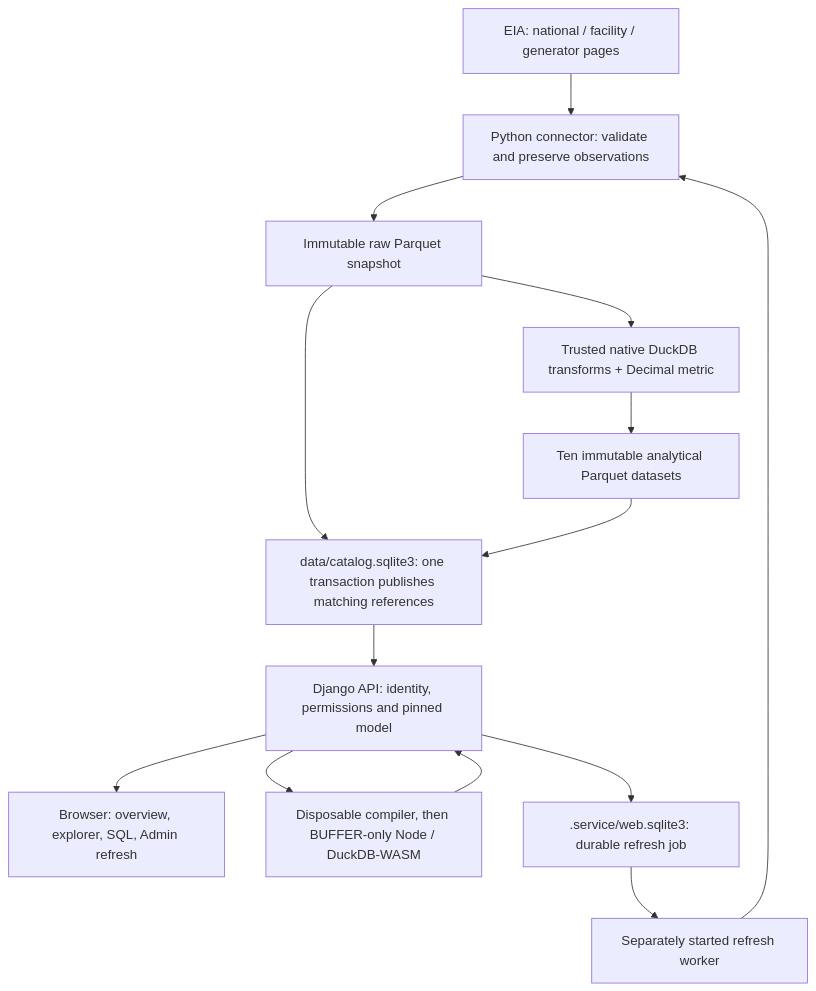
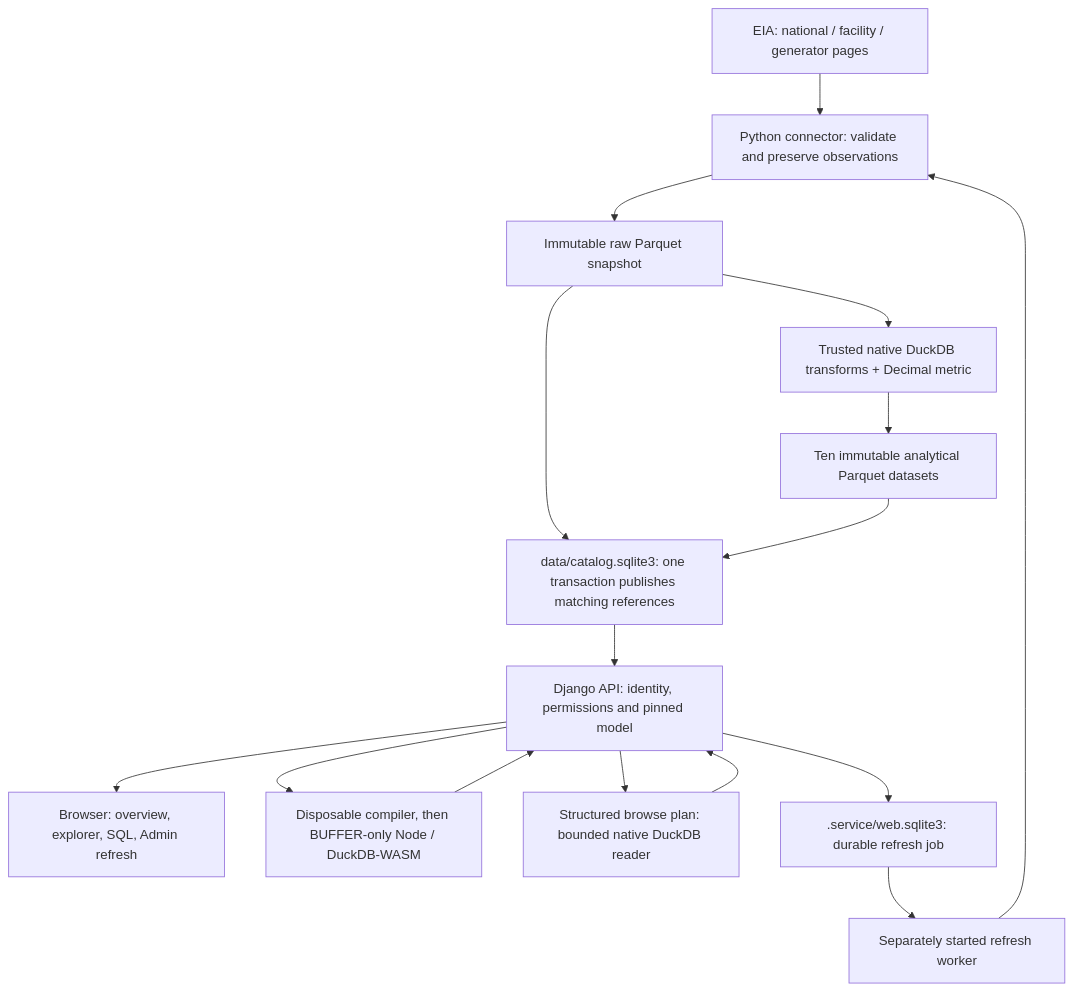
Before and after one commit to ricardorodab/arkham-challenge: the diagram in docs/PROJECT_TOUR.md, drawn with Mermaid. The commit also changed other lines of this file and 119 other files, not shown here.

````diff
--- a/docs/PROJECT_TOUR.md
+++ b/docs/PROJECT_TOUR.md
@@ -23,16 +23,18 @@
 ```mermaid
 flowchart TD
     EIA["EIA: national / facility / generator pages"] --> I["Python connector: validate and preserve observations"]
     I --> R["Immutable raw Parquet snapshot"]
     R --> M["Trusted native DuckDB transforms + Decimal metric"]
     M --> A["Ten immutable analytical Parquet datasets"]
     R --> C["data/catalog.sqlite3: one transaction publishes matching references"]
     A --> C
     C --> API["Django API: identity, permissions and pinned model"]
     API --> B["Browser: overview, explorer, SQL, Admin refresh"]
     API --> Q["Disposable compiler, then BUFFER-only Node / DuckDB-WASM"]
     Q --> API
+    API --> S["Structured browse plan: bounded native DuckDB reader"]
+    S --> API
     API --> J[".service/web.sqlite3: durable refresh job"]
     J --> W["Separately started refresh worker"]
     W --> I
 ```
````
